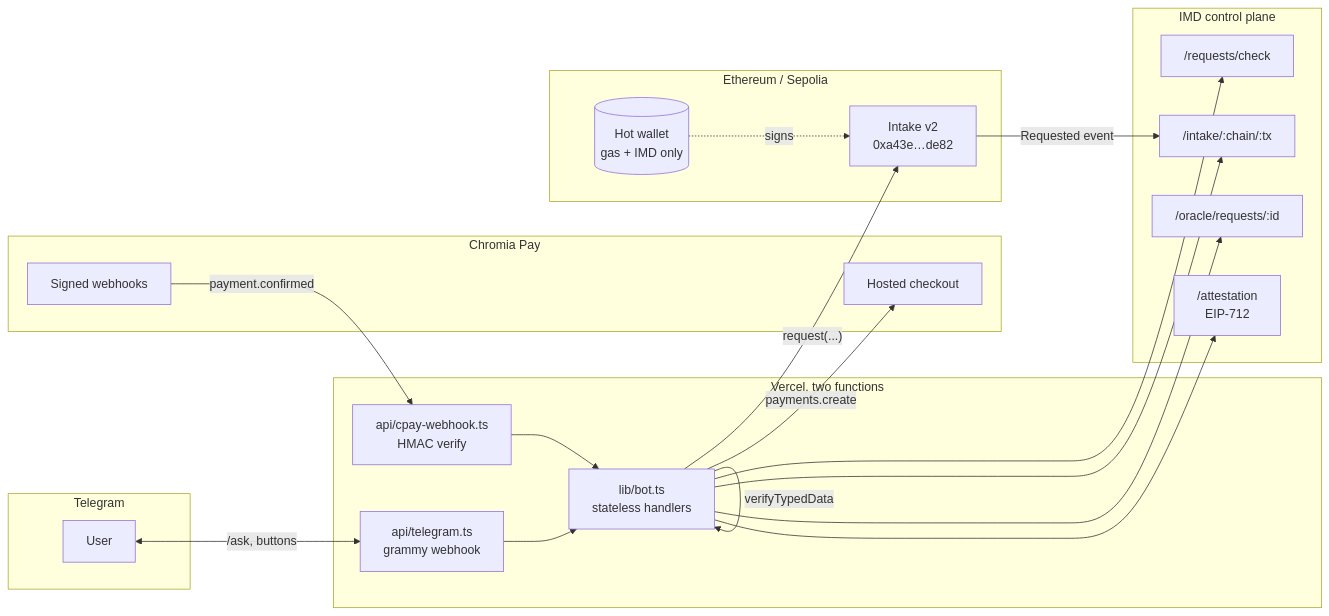
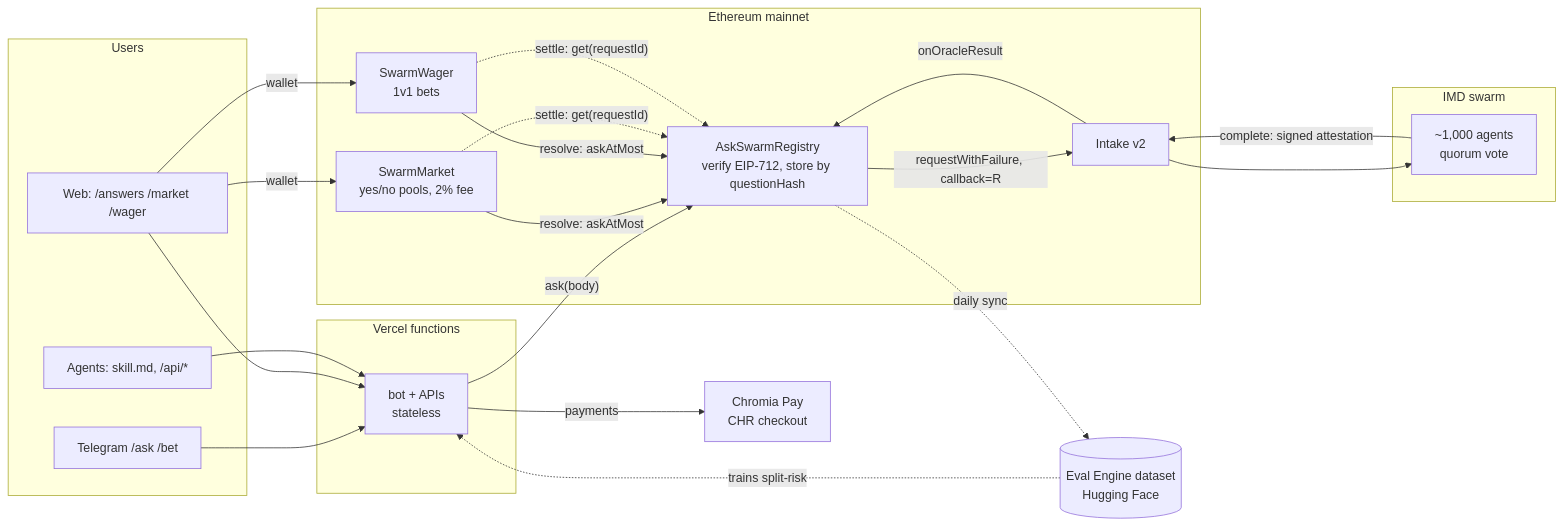
Before and after one commit to ChromiaAgents/askswarm: the second of 3 diagrams in README.md, drawn with Mermaid. The commit also changed other lines of this file and 2 other files, not shown here.

Commit message:
docs: README intro and architecture around registry, markets, wagers; infographic with markets

````diff
--- a/README.md
+++ b/README.md
@@ -51,38 +61,39 @@
 ```mermaid
 flowchart LR
-    subgraph TG[Telegram]
-        U[User]
+    subgraph Users
+        U[Telegram /ask /bet]
+        WB["Web: /answers /market /wager"]
+        AG["Agents: skill.md, /api/*"]
     end
-    subgraph V[Vercel, two functions]
-        T[api/telegram.ts<br/>grammy webhook]
-        W[api/cpay-webhook.ts<br/>HMAC verify]
-        L[lib/bot.ts<br/>stateless handlers]
-        T --> L
-        W --> L
+    subgraph V[Vercel functions]
+        L[bot + APIs<br/>stateless]
     end
-    subgraph CP[Chromia Pay]
-        C[Hosted checkout]
-        H[Signed webhooks]
+    CP[Chromia Pay<br/>CHR checkout]
+    subgraph ETH[Ethereum mainnet]
+        R["AskSwarmRegistry<br/>verify EIP-712, store by questionHash"]
+        M["SwarmMarket<br/>yes/no pools, 2% fee"]
+        W["SwarmWager<br/>1v1 bets"]
+        IN["Intake v2"]
     end
-    subgraph ETH[Ethereum / Sepolia]
-        K[(Hot wallet<br/>gas + IMD only)]
-        IN["Intake v2<br/>0xa43e…de82"]
+    subgraph IMD[IMD swarm]
+        S[~1,000 agents<br/>quorum vote]
     end
-    subgraph IMD[IMD control plane]
-        CHK["/requests/check"]
-        RD["/intake/:chain/:tx"]
-        OR["/oracle/requests/:id"]
-        AT["/attestation<br/>EIP-712"]
-    end
-    U <-->|/ask, buttons| T
-    L -->|payments.create| C
-    H -->|payment.confirmed| W
-    L -->|"request(...)"| IN
-    K -. signs .-> IN
-    IN -->|Requested event| RD
-    L --> CHK
-    L --> RD
-    L --> OR
-    L --> AT
-    L -->|verifyTypedData| L
+    HF[(Eval Engine dataset<br/>Hugging Face)]
+    U --> L
+    WB --> L
+    AG --> L
+    L -->|payments| CP
+    L -->|"ask(body)"| R
+    WB -->|wallet| M
+    WB -->|wallet| W
+    M -->|"resolve: askAtMost"| R
+    W -->|"resolve: askAtMost"| R
+    M -. "settle: get(requestId)" .-> R
+    W -. "settle: get(requestId)" .-> R
+    R -->|"requestWithFailure, callback=R"| IN
+    IN --> S
+    S -->|"complete: signed attestation"| IN
+    IN -->|onOracleResult| R
+    R -. daily sync .-> HF
+    HF -. trains split-risk .-> L
 ```
````
